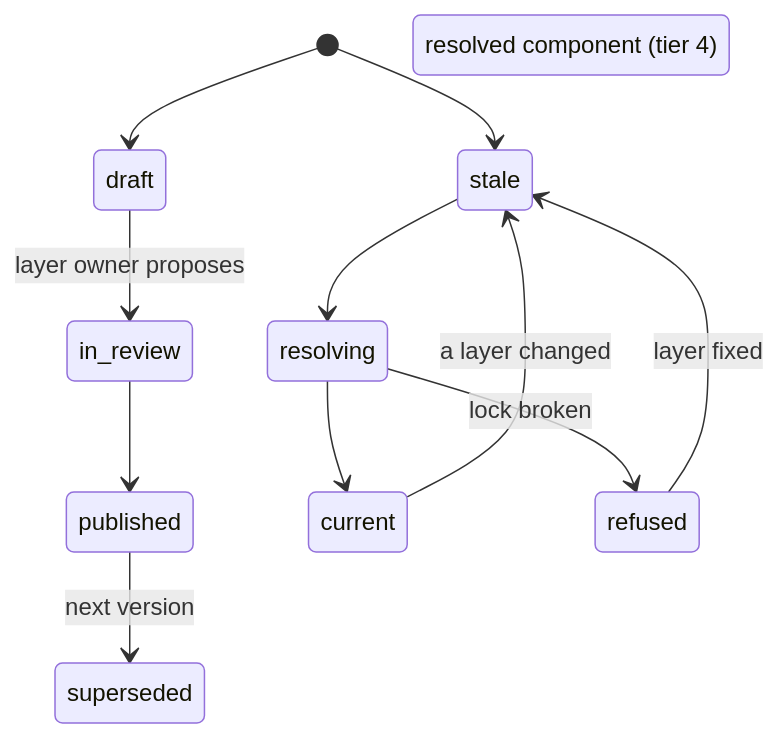
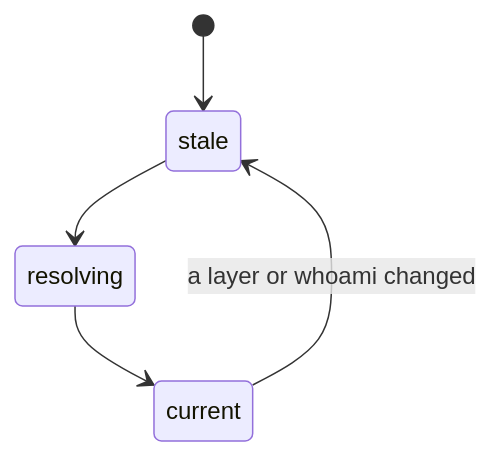
Before and after one commit to nabil-becker/devcontainer-features: the fifth of 7 diagrams in docs/proposals/component-registry.md, drawn with Mermaid. The commit also changed other lines of this file and 2 other files, not shown here.

First line of the commit message:
docs(proposals): apply the architecture review and the Operator's rulings to the component registry (layered-skills-proposal)

````diff
--- a/docs/proposals/component-registry.md
+++ b/docs/proposals/component-registry.md
@@ -268,14 +375,7 @@
 ```mermaid
 stateDiagram-v2
-  [*] --> draft
-  draft --> in_review: layer owner proposes
-  in_review --> published
-  published --> superseded: next version
-  state "resolved component (tier 4)" as rc
   [*] --> stale
   stale --> resolving
   resolving --> current
-  resolving --> refused: lock broken
-  refused --> stale: layer fixed
-  current --> stale: a layer changed
+  current --> stale: a layer or whoami changed
 ```
````
